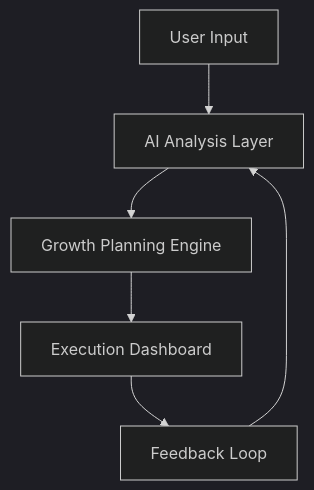
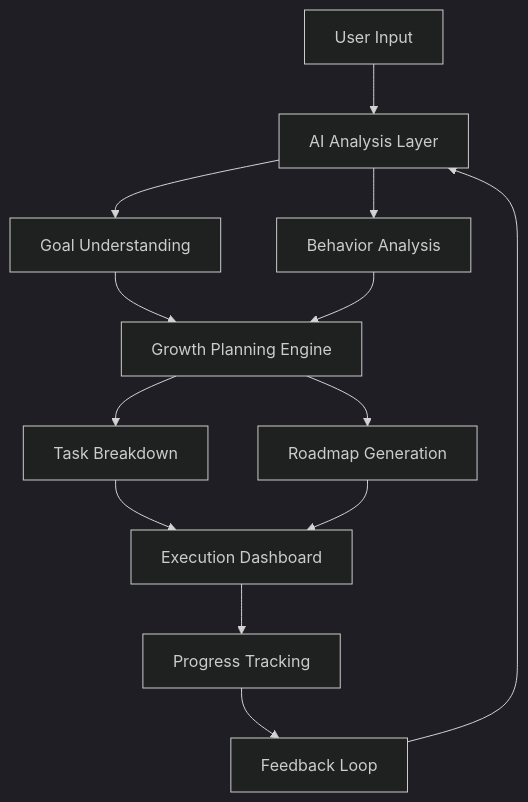
One commit to SurinderTech/GrowthOS changed the diagram in README.md. Above: the diagram before and after it, drawn with Mermaid (dark theme).

````diff
--- a/README.md
+++ b/README.md
@@ -115,8 +115,23 @@
 ```mermaid
 flowchart TD
+
     A[User Input] --> B[AI Analysis Layer]
-    B --> C[Growth Planning Engine]
-    C --> D[Execution Dashboard]
-    D --> E[Feedback Loop]
-    E --> B
+
+    B --> C1[Goal Understanding]
+    B --> C2[Behavior Analysis]
+
+    C1 --> D[Growth Planning Engine]
+    C2 --> D
+
+    D --> E1[Task Breakdown]
+    D --> E2[Roadmap Generation]
+
+    E1 --> F[Execution Dashboard]
+    E2 --> F
+
+    F --> G[Progress Tracking]
+
+    G --> H[Feedback Loop]
+    H --> B
+
 ```
````
